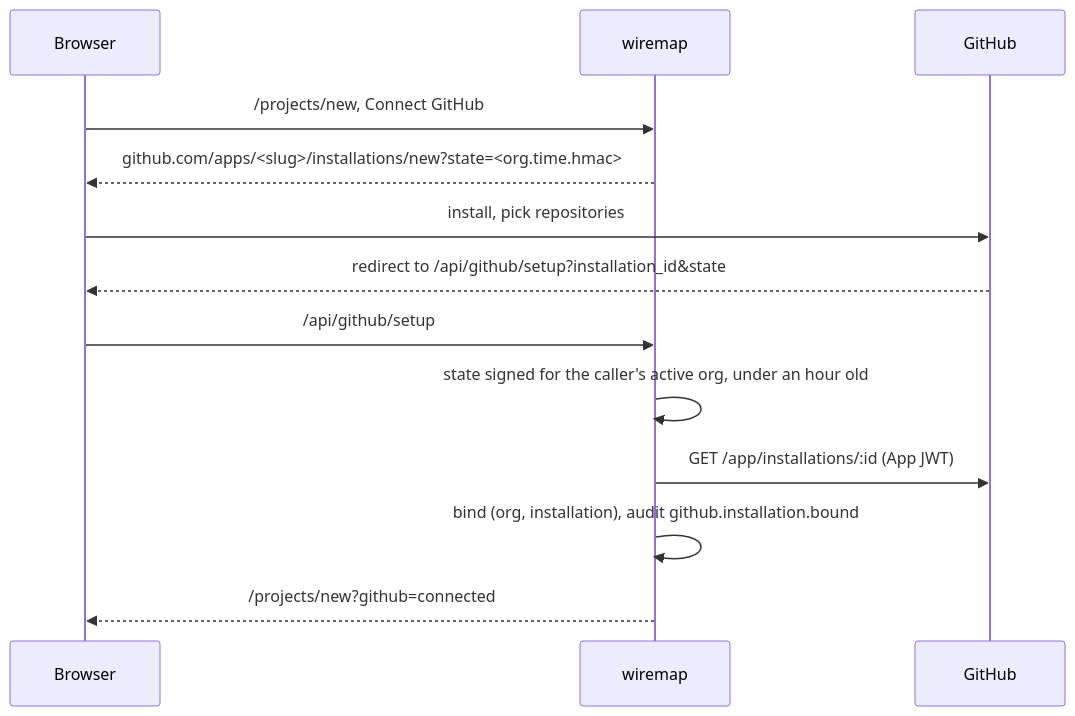
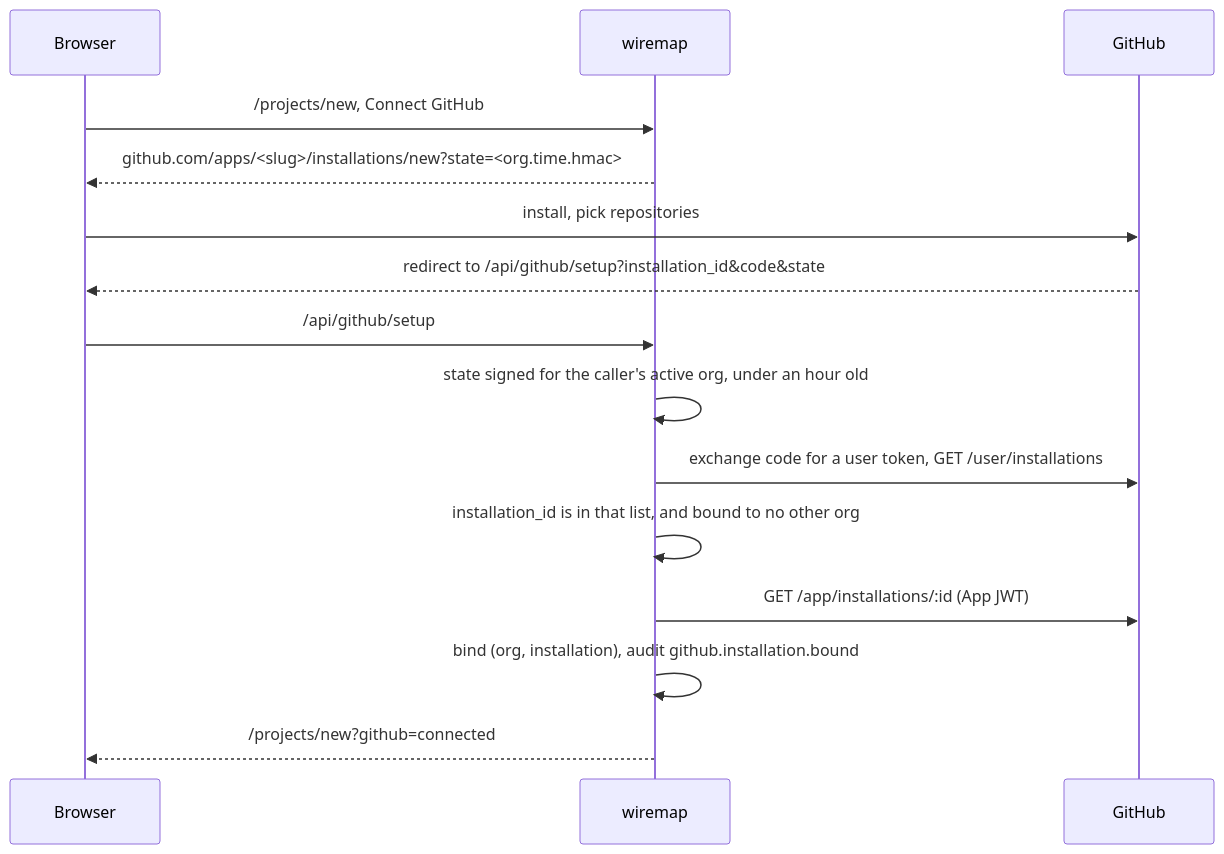
One commit to sami999khan999/wiremap changed the diagram in docs/infra/github-app.md. Above: the diagram before and after it, drawn with Mermaid. The commit also changed other lines of this file and 1 other file, not shown here.

````diff
--- a/docs/infra/github-app.md
+++ b/docs/infra/github-app.md
@@ -70,15 +72,17 @@
 ```mermaid
 sequenceDiagram
   participant U as Browser
   participant W as wiremap
   participant G as GitHub
   U->>W: /projects/new, Connect GitHub
   W-->>U: github.com/apps/<slug>/installations/new?state=<org.time.hmac>
   U->>G: install, pick repositories
-  G-->>U: redirect to /api/github/setup?installation_id&state
+  G-->>U: redirect to /api/github/setup?installation_id&code&state
   U->>W: /api/github/setup
   W->>W: state signed for the caller's active org, under an hour old
+  W->>G: exchange code for a user token, GET /user/installations
+  W->>W: installation_id is in that list, and bound to no other org
   W->>G: GET /app/installations/:id (App JWT)
   W->>W: bind (org, installation), audit github.installation.bound
   W-->>U: /projects/new?github=connected
 ```
````
